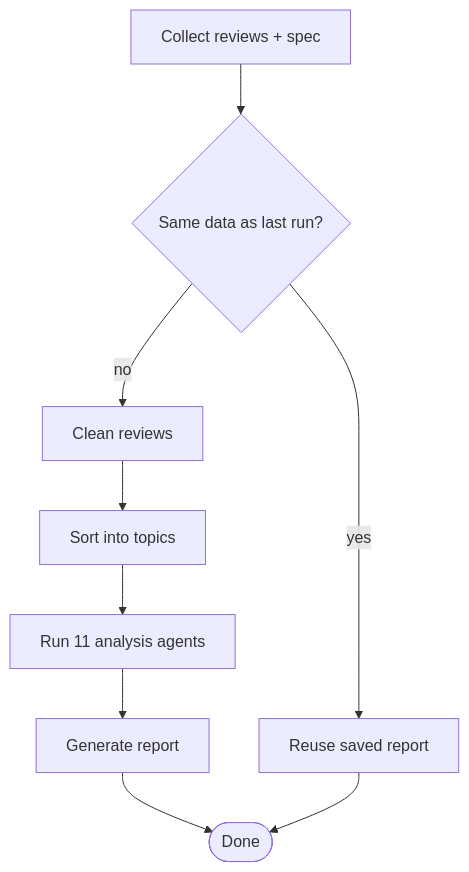
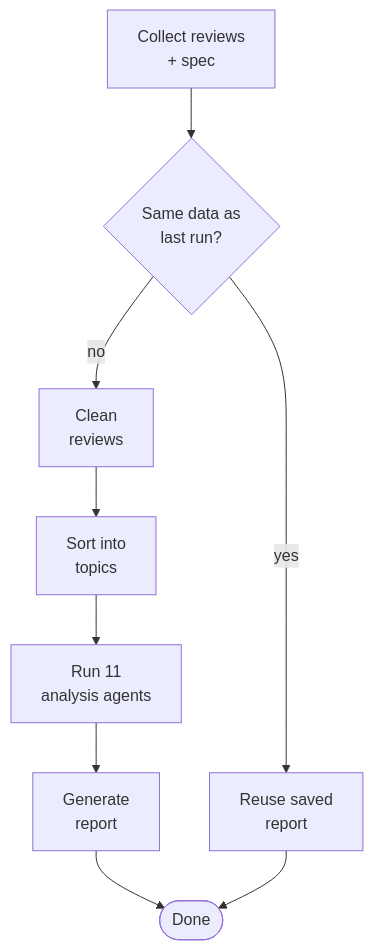
The first of 4 diagrams in README.md (dianakang/voc-intelligence-platform), drawn with Mermaid before and after one commit. The commit also changed other lines of this file, not shown here.

````diff
--- a/README.md
+++ b/README.md
@@ -34,8 +34,8 @@
 ```mermaid
 flowchart TD
-    A[Collect reviews + spec] --> R{Same data as last run?}
-    R -->|no| C[Clean reviews]
-    R -->|yes| B[Reuse saved report]
-    C --> D[Sort into topics] --> E[Run 11 analysis agents] --> F[Generate report] --> G([Done])
+    A["Collect reviews<br/>+ spec"] --> R{"Same data as<br/>last run?"}
+    R -->|no| C["Clean<br/>reviews"]
+    R -->|yes| B["Reuse saved<br/>report"]
+    C --> D["Sort into<br/>topics"] --> E["Run 11<br/>analysis agents"] --> F["Generate<br/>report"] --> G([Done])
     B --> G
 ```
````
